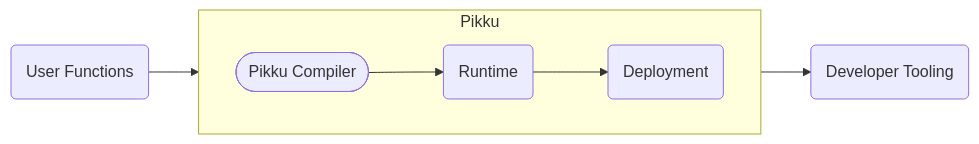
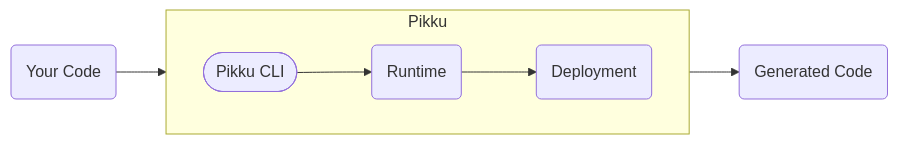
Before and after one commit to pikkujs/website: the diagram in docs/concepts/index.md, drawn with Mermaid. The commit also changed other lines of this file and 28 other files, not shown here.

````diff
--- a/docs/concepts/index.md
+++ b/docs/concepts/index.md
@@ -48,14 +121,14 @@
 ```mermaid
 flowchart LR
-  User(User Functions)
+  User(Your Code)
 
   subgraph Pikku
     direction LR
-    CLILayer([Pikku Compiler]) --> Runtime(Runtime) --> Deployment(Deployment)
+    CLI([Pikku CLI]) --> Runtime(Runtime) --> Deployment(Deployment)
   end
 
-  DeveloperTools(Developer Tooling)
+  Tools(Generated Code)
 
   User --> Pikku
-  CLILayer --> DeveloperTools
+  CLI --> Tools
 ```
````
